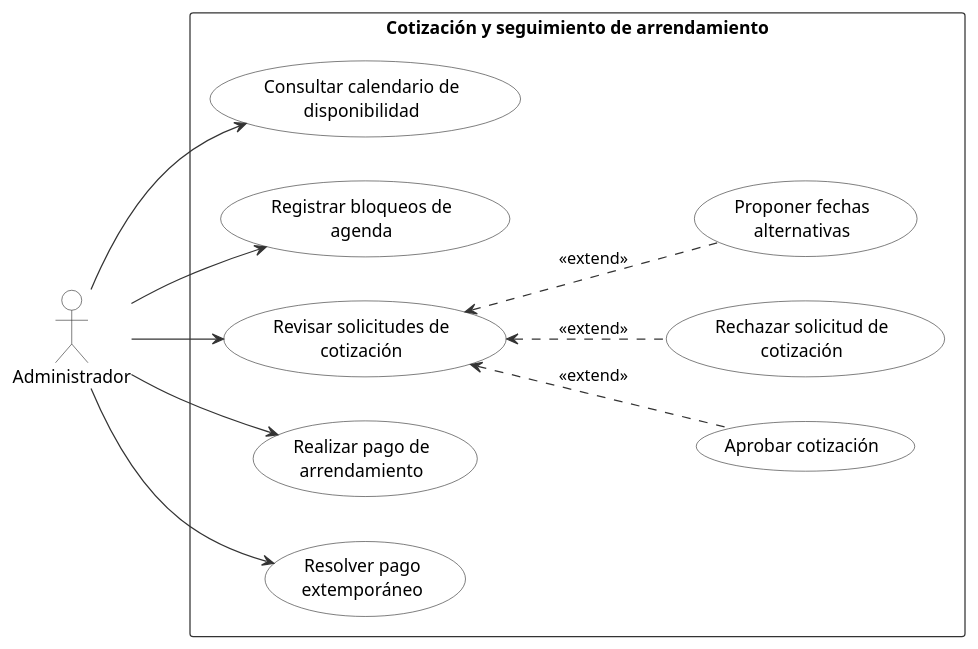
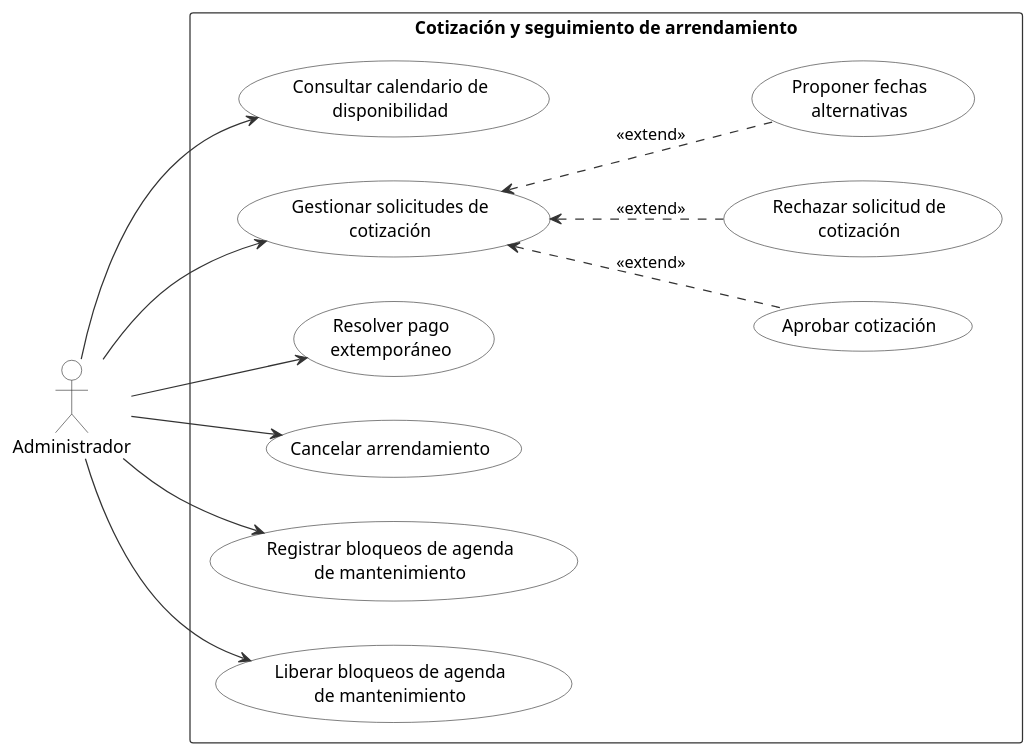
One commit to AntonioVargas97/Teatro changed the diagram in docs/diagramas-uml/diagramas-de-caso-uso/05_arrendamiento_administrador.puml. Above: the diagram before and after it, drawn with PlantUML. The commit also changed 9 other files, not shown here.

First line of the commit message:
docs(uml): refine use case diagrams and add internal accounts

```diff
--- a/docs/diagramas-uml/diagramas-de-caso-uso/05_arrendamiento_administrador.puml
+++ b/docs/diagramas-uml/diagramas-de-caso-uso/05_arrendamiento_administrador.puml
@@ -1,38 +1,41 @@
 @startuml 05_arrendamiento_administrador
 skinparam shadowing false
 skinparam usecase {
   BackgroundColor #FFFFFF
   BorderColor #333333
 }
 skinparam actor {
   BackgroundColor #FFFFFF
   BorderColor #333333
 }
 skinparam rectangle {
   BackgroundColor #FFFFFF
   BorderColor #333333
 }
 skinparam ArrowColor #333333
 left to right direction
 actor "Administrador" as A
 
 rectangle "Cotización y seguimiento de arrendamiento" {
   usecase "Consultar calendario de\ndisponibilidad" as UC1
-  usecase "Registrar bloqueos de\nagenda" as UC2
-  usecase "Revisar solicitudes de\ncotización" as UC3
-  usecase "Aprobar cotización" as UC4
-  usecase "Rechazar solicitud de\ncotización" as UC5
-  usecase "Proponer fechas\nalternativas" as UC6
-  usecase "Realizar pago de\narrendamiento" as UC7
-  usecase "Resolver pago\nextemporáneo" as UC8
+  usecase "Gestionar solicitudes de\ncotización" as UC2
+  usecase "Aprobar cotización" as UC3
+  usecase "Rechazar solicitud de\ncotización" as UC4
+  usecase "Proponer fechas\nalternativas" as UC5
+  usecase "Resolver pago\nextemporáneo" as UC6
+  usecase "Cancelar arrendamiento" as UC7
+  usecase "Registrar bloqueos de agenda\nde mantenimiento" as UC8
+  usecase "Liberar bloqueos de agenda\nde mantenimiento" as UC9
 }
 
 A --> UC1
 A --> UC2
-A --> UC3
+A --> UC6
 A --> UC7
 A --> UC8
-UC3 <.. UC4 : <<extend>>
-UC3 <.. UC5 : <<extend>>
-UC3 <.. UC6 : <<extend>>
+A --> UC9
+
+UC2 <.. UC3 : <<extend>>
+UC2 <.. UC4 : <<extend>>
+UC2 <.. UC5 : <<extend>>
 @enduml
```
